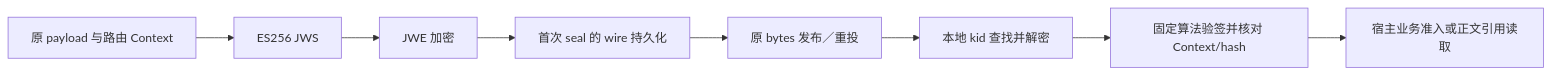
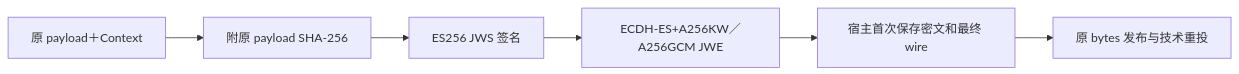
The first of 2 diagrams in docs/01-核心设计/安全与大消息.md (FangcunMount/reliable-messaging), drawn with Mermaid before and after one commit. The commit also changed other lines of this file, not shown here.

Commit message:
docs: explain authenticated routes immutable wire and large payload references

````diff
--- a/docs/01-核心设计/安全与大消息.md
+++ b/docs/01-核心设计/安全与大消息.md
@@ -11,10 +29,8 @@
 ```mermaid
 flowchart LR
-  Payload[原 payload 与路由 Context] --> Sign[ES256 JWS]
-  Sign --> Encrypt[JWE 加密]
-  Encrypt --> Persist[首次 seal 的 wire 持久化]
-  Persist --> Send[原 bytes 发布／重投]
-  Send --> Key[本地 kid 查找并解密]
-  Key --> Verify[固定算法验签并核对 Context/hash]
-  Verify --> Authorized[宿主业务准入或正文引用读取]
+  Raw[原 payload＋Context] --> Record[附原 payload SHA-256]
+  Record --> JWS[ES256 JWS 签名]
+  JWS --> JWE[ECDH-ES+A256KW／A256GCM JWE]
+  JWE --> Save[宿主首次保存密文和最终 wire]
+  Save --> Retry[原 bytes 发布与技术重投]
 ```
````
